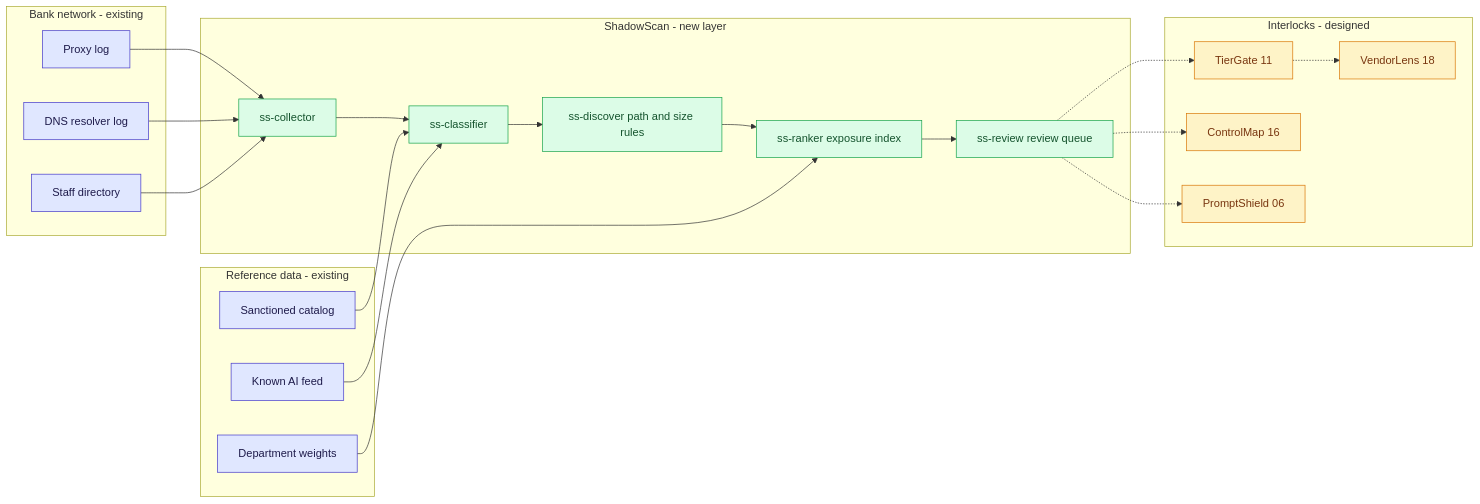
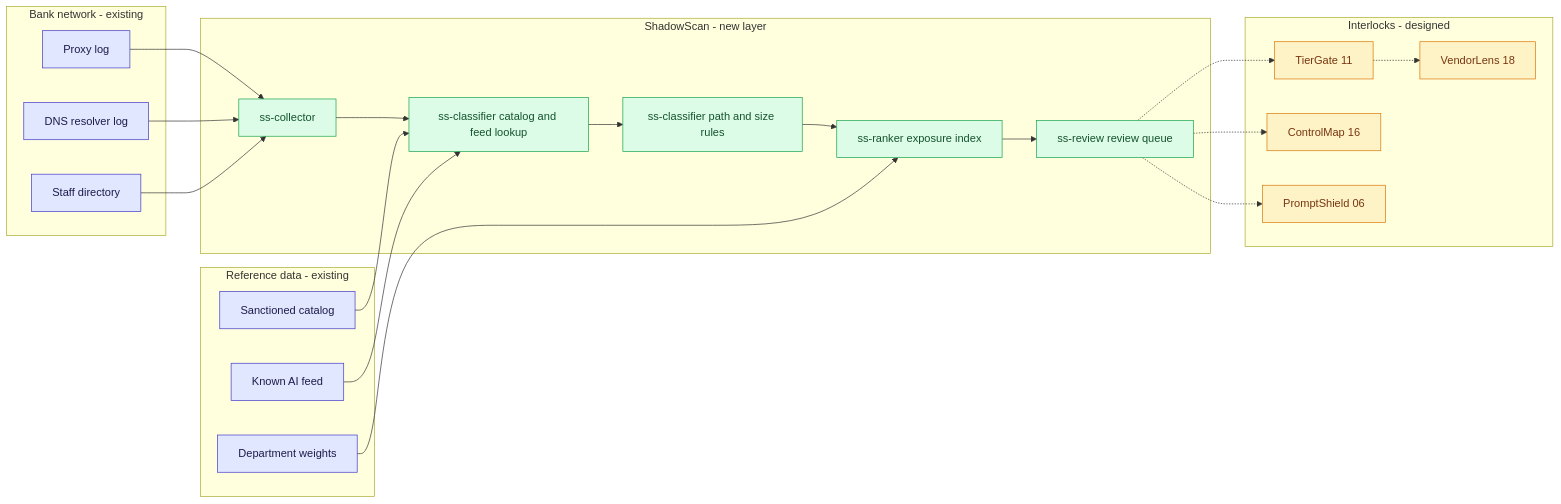
The first of 2 diagrams in 22-shadowscan-unsanctioned-ai-discovery/README.md (Vj-shipped-anyway/ai-pm-portfolio), drawn with Mermaid before and after one commit. The commit also changed other lines of this file and 7 other files, not shown here.

First line of the commit message:
ShadowScan: fix the diagram component name, add the SR 26-2 caveat and correct bytes in to bytes out

````diff
--- a/22-shadowscan-unsanctioned-ai-discovery/README.md
+++ b/22-shadowscan-unsanctioned-ai-discovery/README.md
@@ -584,51 +584,51 @@
 ```mermaid
 flowchart LR
     subgraph NET["Bank network - existing"]
         PROXY["Proxy log"]
         DNS["DNS resolver log"]
         DIR["Staff directory"]
     end
 
     subgraph REF["Reference data - existing"]
         CAT["Sanctioned catalog"]
         FEED["Known AI feed"]
         WEIGHTS["Department weights"]
     end
 
     subgraph SS["ShadowScan - new layer"]
         COLLECT["ss-collector"]
-        CLASSIFY["ss-classifier"]
-        DISCOVER["ss-discover path and size rules"]
+        CLASSIFY["ss-classifier catalog and feed lookup"]
+        DISCOVER["ss-classifier path and size rules"]
         RANK["ss-ranker exposure index"]
         QUEUE["ss-review review queue"]
     end
 
     subgraph LINKS["Interlocks - designed"]
         TG["TierGate 11"]
         VL["VendorLens 18"]
         CM["ControlMap 16"]
         PS["PromptShield 06"]
     end
 
     PROXY --> COLLECT
     DNS --> COLLECT
     DIR --> COLLECT
     COLLECT --> CLASSIFY
     CAT --> CLASSIFY
     FEED --> CLASSIFY
     CLASSIFY --> DISCOVER
     DISCOVER --> RANK
     WEIGHTS --> RANK
     RANK --> QUEUE
     QUEUE -.-> TG
     TG -.-> VL
     QUEUE -.-> CM
     QUEUE -.-> PS
 
     classDef existing fill:#e0e7ff,stroke:#4338ca,color:#1e1b4b
     classDef added fill:#dcfce7,stroke:#16a34a,color:#14532d
     classDef link fill:#fef3c7,stroke:#d97706,color:#78350f
     class PROXY,DNS,DIR,CAT,FEED,WEIGHTS existing
     class COLLECT,CLASSIFY,DISCOVER,RANK,QUEUE added
     class TG,VL,CM,PS link
 ```
````
